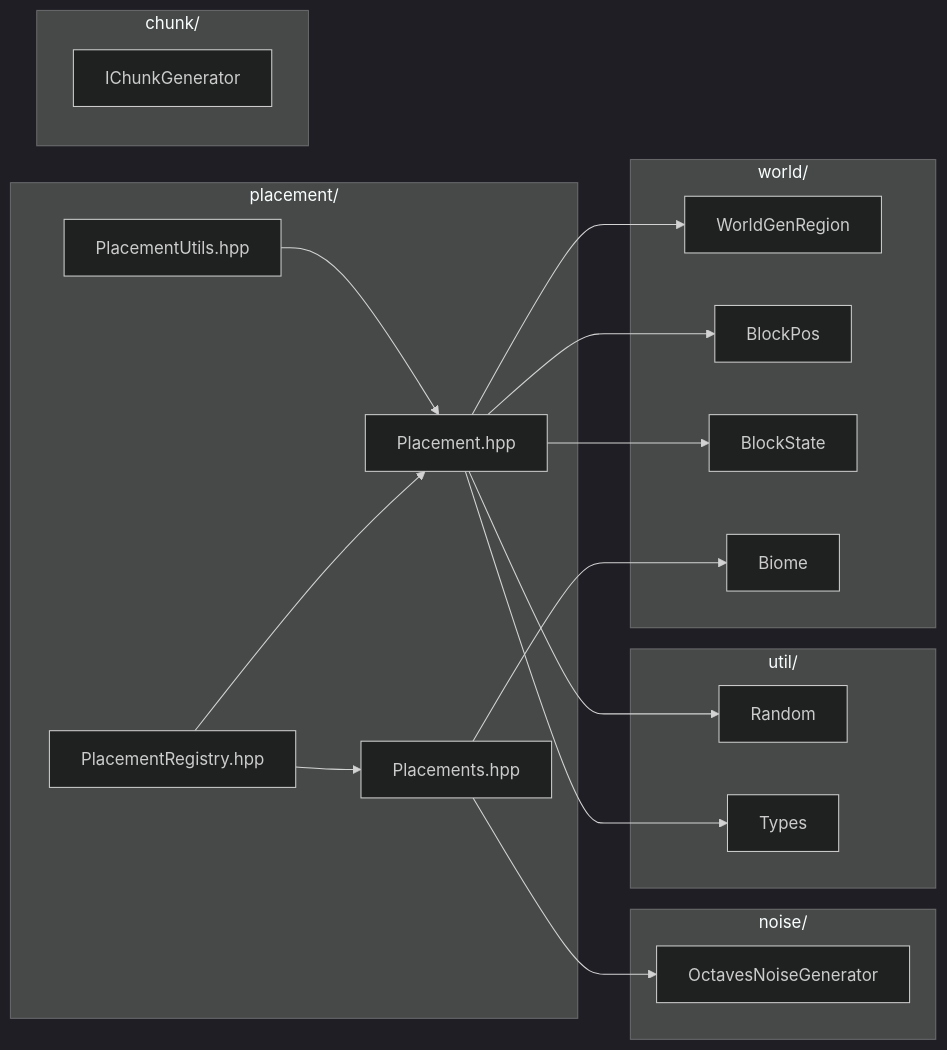
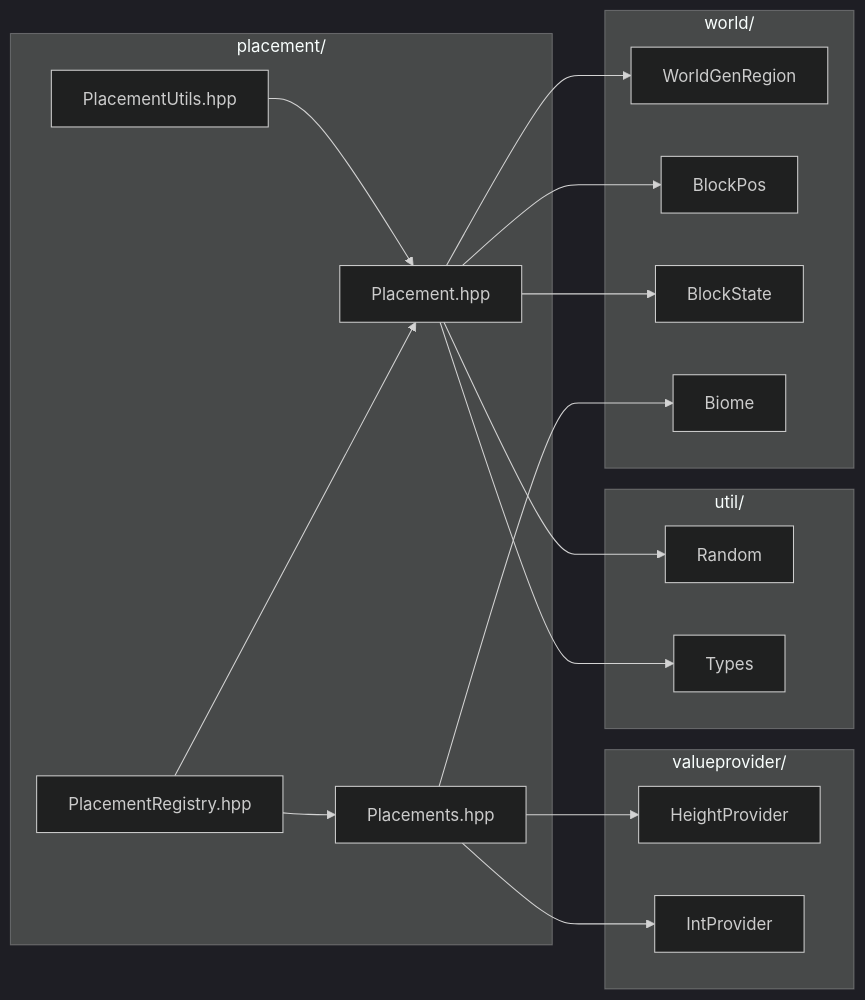
One commit to g122622/Cubium changed the second of 2 diagrams in src/common/world/gen/placement/README.md. Above: the diagram before and after it, drawn with Mermaid (dark theme). The commit also changed other lines of this file and 298 other files, not shown here.

````diff
--- a/src/common/world/gen/placement/README.md
+++ b/src/common/world/gen/placement/README.md
@@ -371,43 +103,41 @@
 ```mermaid
 graph LR
     subgraph placement[placement/]
         P[Placement.hpp]
         Pl[Placements.hpp]
         PR[PlacementRegistry.hpp]
         PU[PlacementUtils.hpp]
     end
 
     subgraph world[world/]
         WGR[WorldGenRegion]
         BP[BlockPos]
         BS[BlockState]
         BI[Biome]
     end
 
-    subgraph chunk[chunk/]
-        CG[IChunkGenerator]
-    end
-
-    subgraph noise[noise/]
-        NG[OctavesNoiseGenerator]
+    subgraph valueprovider[valueprovider/]
+        HP[HeightProvider]
+        IP[IntProvider]
     end
 
     subgraph util[util/]
         R[Random]
         T[Types]
     end
 
     P --> WGR
     P --> BP
     P --> BS
     P --> R
     P --> T
 
-    Pl --> NG
     Pl --> BI
+    Pl --> HP
+    Pl --> IP
 
     PR --> P
     PR --> Pl
 
     PU --> P
 ```
````
